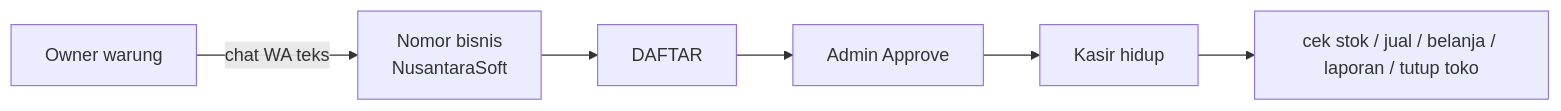
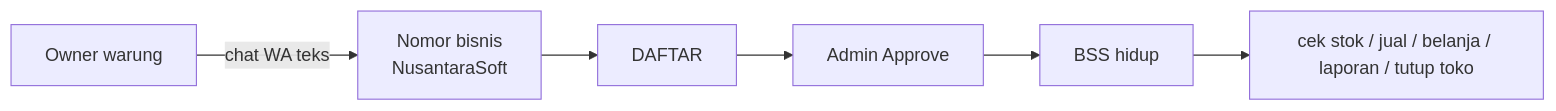
Before and after one commit to nusantarasoft/juragan-aibuilder-cup: the diagram in diagrams/aistudio/umkm-wa/business/L0-bisnis-besar.mmd, drawn with Mermaid. The commit also changed 15 other files, not shown here.

```diff
--- a/diagrams/aistudio/umkm-wa/business/L0-bisnis-besar.mmd
+++ b/diagrams/aistudio/umkm-wa/business/L0-bisnis-besar.mmd
@@ -1,6 +1,6 @@
 flowchart LR
   O[Owner warung] -->|chat WA teks| N[Nomor bisnis<br/>NusantaraSoft]
   N --> D[DAFTAR]
   D --> A[Admin Approve]
-  A --> K[Kasir hidup]
+  A --> K[BSS hidup]
   K --> S[cek stok / jual / belanja / laporan / tutup toko]
```
